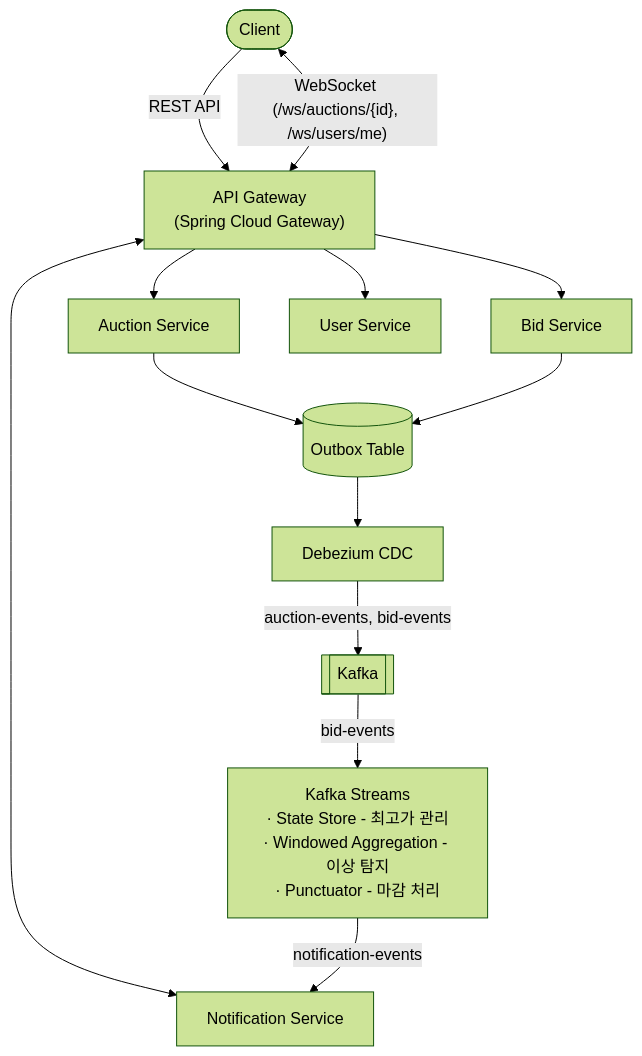
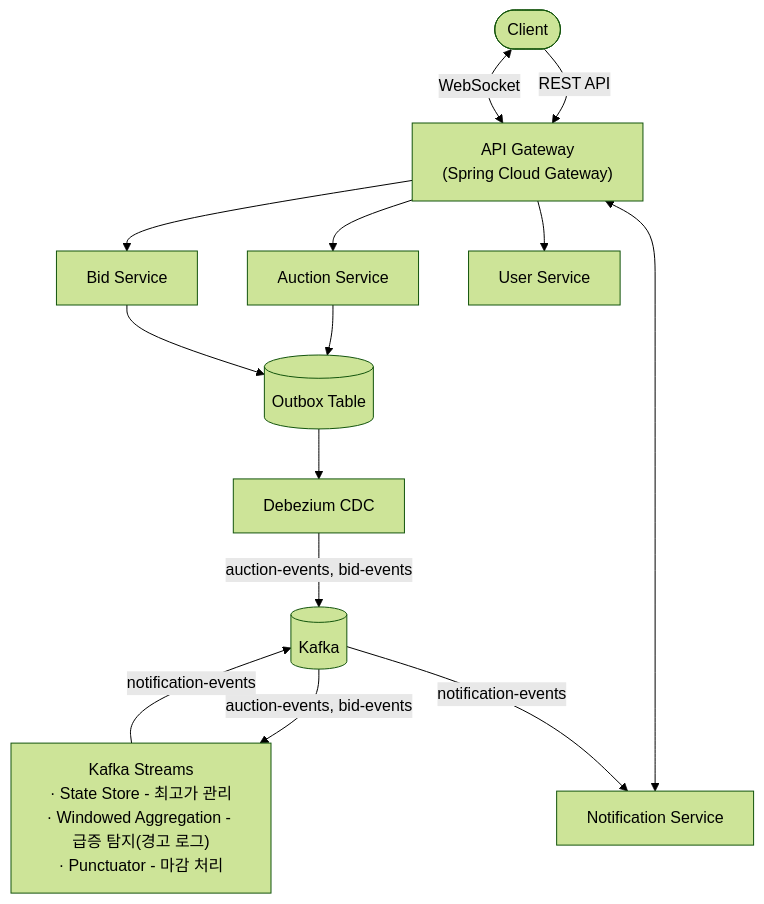
One commit to jaehoon9875/realtime-auction-service changed the diagram in README.md. Above: the diagram before and after it, drawn with Mermaid (forest theme). The commit also changed other lines of this file and 7 other files, not shown here.

First line of the commit message:
docs: README 아키텍처 다이어그램 수정 및 이미지·주석 추가

````diff
--- a/README.md
+++ b/README.md
@@ -19,31 +21,32 @@
 ```mermaid
 graph TD
     Client(["Client"])
     GW["API Gateway<br/>(Spring Cloud Gateway)"]
 
     AS["Auction Service"]
     BS["Bid Service"]
     US["User Service"]
     NS["Notification Service"]
 
     OB[("Outbox Table")]
     CDC["Debezium CDC"]
-    KAFKA[["Kafka"]]
-    KS["Kafka Streams<br/>· State Store - 최고가 관리<br/>· Windowed Aggregation - 이상 탐지<br/>· Punctuator - 마감 처리"]
+    KAFKA[("Kafka")]
+    KS["Kafka Streams<br/>· State Store - 최고가 관리<br/>· Windowed Aggregation - 급증 탐지(경고 로그)<br/>· Punctuator - 마감 처리"]
 
     Client -->|REST API| GW
-    Client <-->|"WebSocket (/ws/auctions/{id}, /ws/users/me)"| GW
+    Client <-->|"WebSocket"| GW
 
     GW --> AS
     GW --> BS
     GW --> US
     GW <--> NS
 
     AS --> OB
     BS --> OB
     OB --> CDC
     CDC -->|"auction-events, bid-events"| KAFKA
 
-    KAFKA -->|bid-events| KS
-    KS -->|notification-events| NS
+    KAFKA -->|"auction-events, bid-events"| KS
+    KS -->|notification-events| KAFKA
+    KAFKA -->|notification-events| NS
 ```
````
